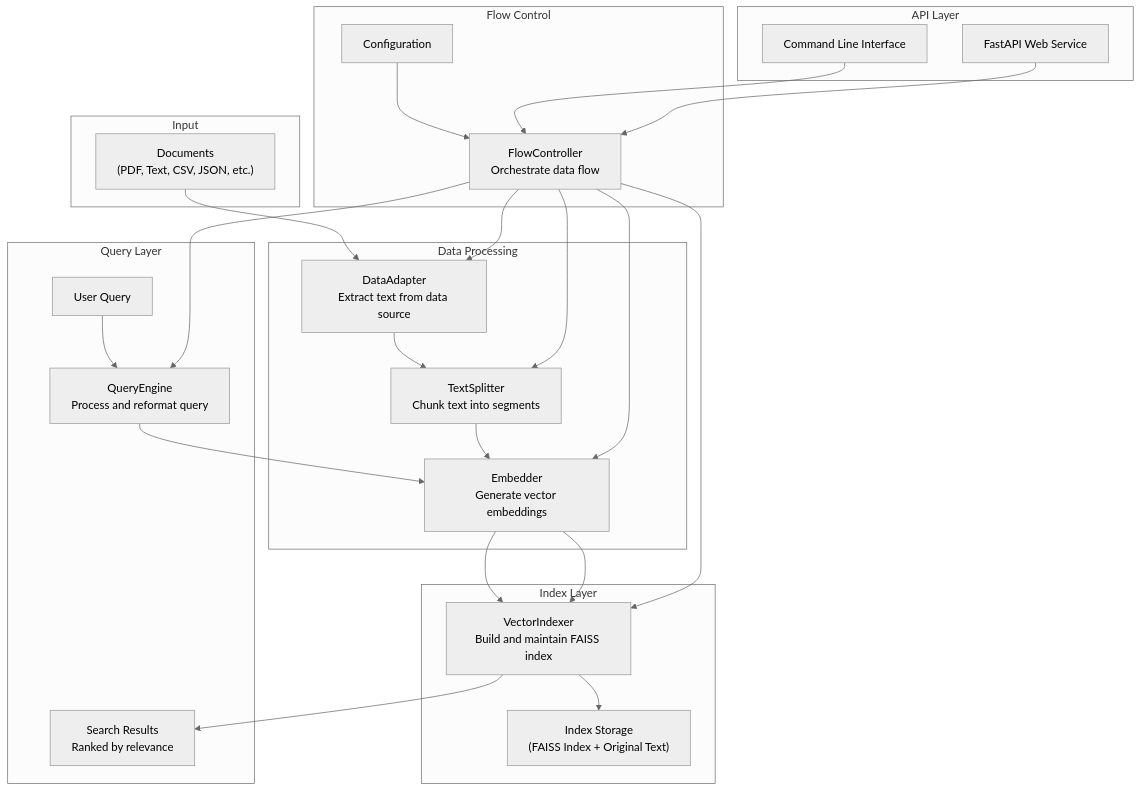
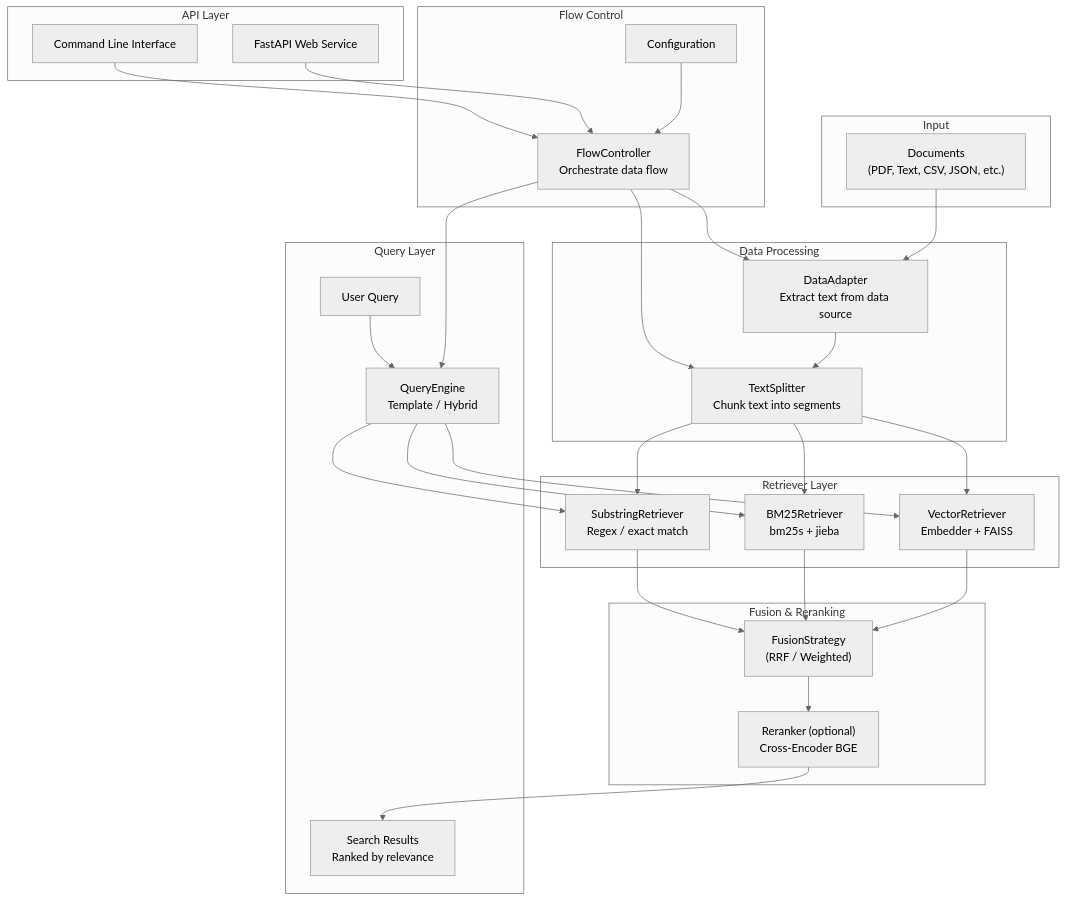
One commit to CodePothunter/TinySearch changed the diagram in README.md. Above: the diagram before and after it, drawn with Mermaid (neutral theme). The commit also changed other lines of this file and 17 other files, not shown here.

First line of the commit message:
✨【功能】：新增混合检索系统，支持 Vector + BM25 + Substring 多路召回与融合

````diff
--- a/README.md
+++ b/README.md
@@ -27,58 +31,66 @@
 ```mermaid
 flowchart TB
     subgraph Input
         Documents["Documents<br/>(PDF, Text, CSV, JSON, etc.)"]
     end
-    
+
     subgraph DataProcessing["Data Processing"]
         DataAdapter["DataAdapter<br/>Extract text from data source"]
         TextSplitter["TextSplitter<br/>Chunk text into segments"]
-        Embedder["Embedder<br/>Generate vector embeddings"]
     end
-    
-    subgraph IndexLayer["Index Layer"]
-        VectorIndexer["VectorIndexer<br/>Build and maintain FAISS index"]
-        IndexStorage["Index Storage<br/>(FAISS Index + Original Text)"]
+
+    subgraph RetrieverLayer["Retriever Layer"]
+        VectorRetriever["VectorRetriever<br/>Embedder + FAISS"]
+        BM25Retriever["BM25Retriever<br/>bm25s + jieba"]
+        SubstringRetriever["SubstringRetriever<br/>Regex / exact match"]
     end
-    
+
+    subgraph FusionLayer["Fusion & Reranking"]
+        FusionStrategy["FusionStrategy<br/>(RRF / Weighted)"]
+        Reranker["Reranker (optional)<br/>Cross-Encoder BGE"]
+    end
+
     subgraph QueryLayer["Query Layer"]
         UserQuery["User Query"]
-        QueryEngine["QueryEngine<br/>Process and reformat query"]
+        QueryEngine["QueryEngine<br/>Template / Hybrid"]
         SearchResults["Search Results<br/>Ranked by relevance"]
     end
-    
+
     subgraph FlowControl["Flow Control"]
         Config["Configuration"]
         FlowController["FlowController<br/>Orchestrate data flow"]
     end
-    
+
     subgraph API["API Layer"]
         CLI["Command Line Interface"]
         FastAPI["FastAPI Web Service"]
     end
-    
+
     %% Data Flow - Indexing
     Documents --> DataAdapter
     DataAdapter --> TextSplitter
-    TextSplitter --> Embedder
-    Embedder --> VectorIndexer
-    VectorIndexer --> IndexStorage
-    
+    TextSplitter --> VectorRetriever
+    TextSplitter --> BM25Retriever
+    TextSplitter --> SubstringRetriever
+
     %% Data Flow - Querying
     UserQuery --> QueryEngine
-    QueryEngine --> Embedder
-    Embedder --> VectorIndexer
-    VectorIndexer --> SearchResults
-    
+    QueryEngine --> VectorRetriever
+    QueryEngine --> BM25Retriever
+    QueryEngine --> SubstringRetriever
+    VectorRetriever --> FusionStrategy
+    BM25Retriever --> FusionStrategy
+    SubstringRetriever --> FusionStrategy
+    FusionStrategy --> Reranker
+    Reranker --> SearchResults
+
     %% Control Flow
     Config --> FlowController
     FlowController --> DataAdapter
     FlowController --> TextSplitter
-    FlowController --> Embedder
-    FlowController --> VectorIndexer
     FlowController --> QueryEngine
-    
+
     %% API Flow
     CLI --> FlowController
     FastAPI --> FlowController
 ```
````
